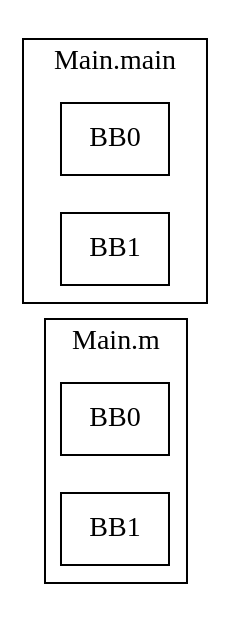
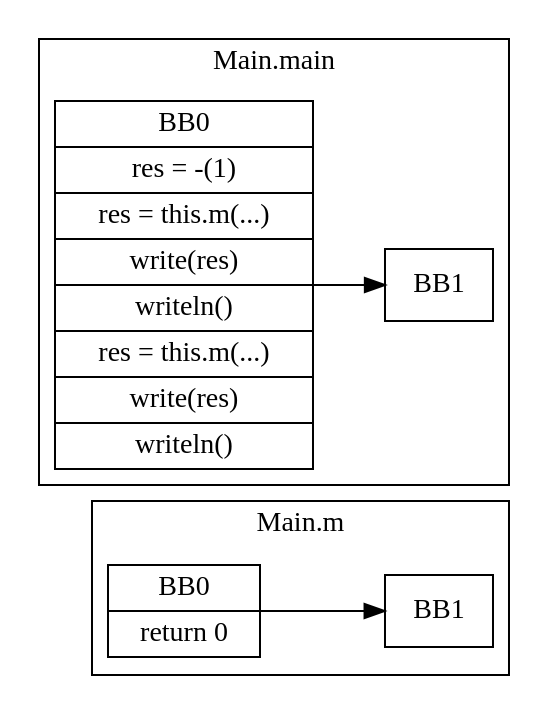
Before and after one commit to panubala/CDPP: the diagram in HW5/javali_tests/HW2/OkSimpleReturn.javali.cfg.dot, drawn with Graphviz. The commit also changed 58 other files, not shown here.

```diff
--- a/HW5/javali_tests/HW2/OkSimpleReturn.javali.cfg.dot
+++ b/HW5/javali_tests/HW2/OkSimpleReturn.javali.cfg.dot
@@ -1,25 +1,27 @@
 digraph G {
   graph [ rankdir = "LR" ];
   subgraph cluster_0 {
     label = "Main.m"
     M0_BB0 [
       shape="record"
-      label="BB0"
+      label="BB0|return 0"
     ];
+    M0_BB0 -> M0_BB1;
     M0_BB1 [
       shape="record"
       label="BB1"
     ];
   }
   subgraph cluster_1 {
     label = "Main.main"
     M1_BB0 [
       shape="record"
-      label="BB0"
+      label="BB0|res = -(1)|res = this.m(...)|write(res)|writeln()|res = this.m(...)|write(res)|writeln()"
     ];
+    M1_BB0 -> M1_BB1;
     M1_BB1 [
       shape="record"
       label="BB1"
     ];
   }
 }
```
